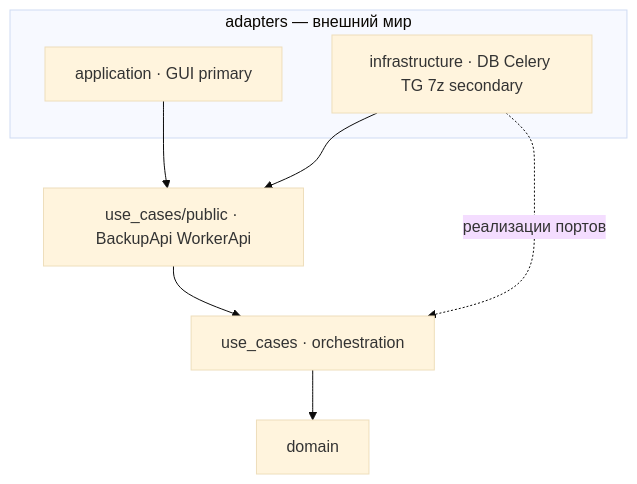
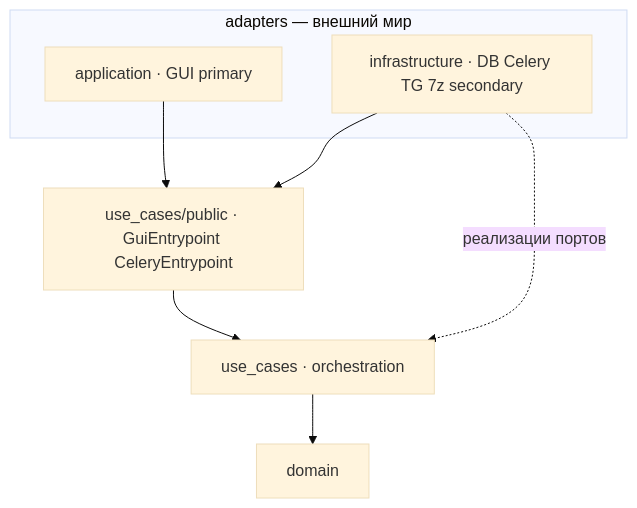
The first of 2 diagrams in docs/PROJECT.md (RomFuture/telegram-uploader), drawn with Mermaid (base theme) before and after one commit. The commit also changed other lines of this file and 90 other files, not shown here.

````diff
--- a/docs/PROJECT.md
+++ b/docs/PROJECT.md
@@ -70,16 +70,16 @@
 ```mermaid
 flowchart TB
   subgraph adapters [adapters — внешний мир]
     APP[application · GUI primary]
     INF[infrastructure · DB Celery TG 7z secondary]
   end
-  PUB[use_cases/public · BackupApi WorkerApi]
+  PUB[use_cases/public · GuiEntrypoint CeleryEntrypoint]
   UC[use_cases · orchestration]
   DOM[domain]
 
   APP --> PUB
   INF --> PUB
   PUB --> UC
   UC --> DOM
   INF -.->|реализации портов| UC
 ```
````
